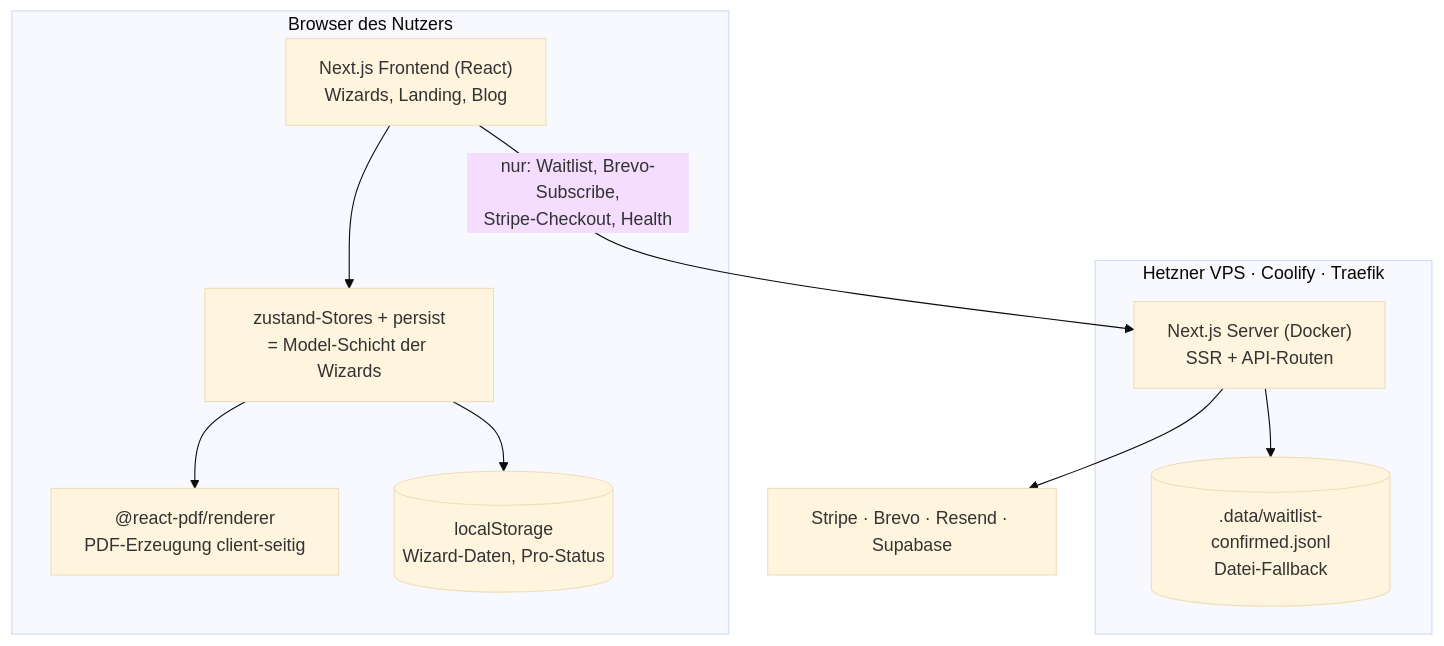
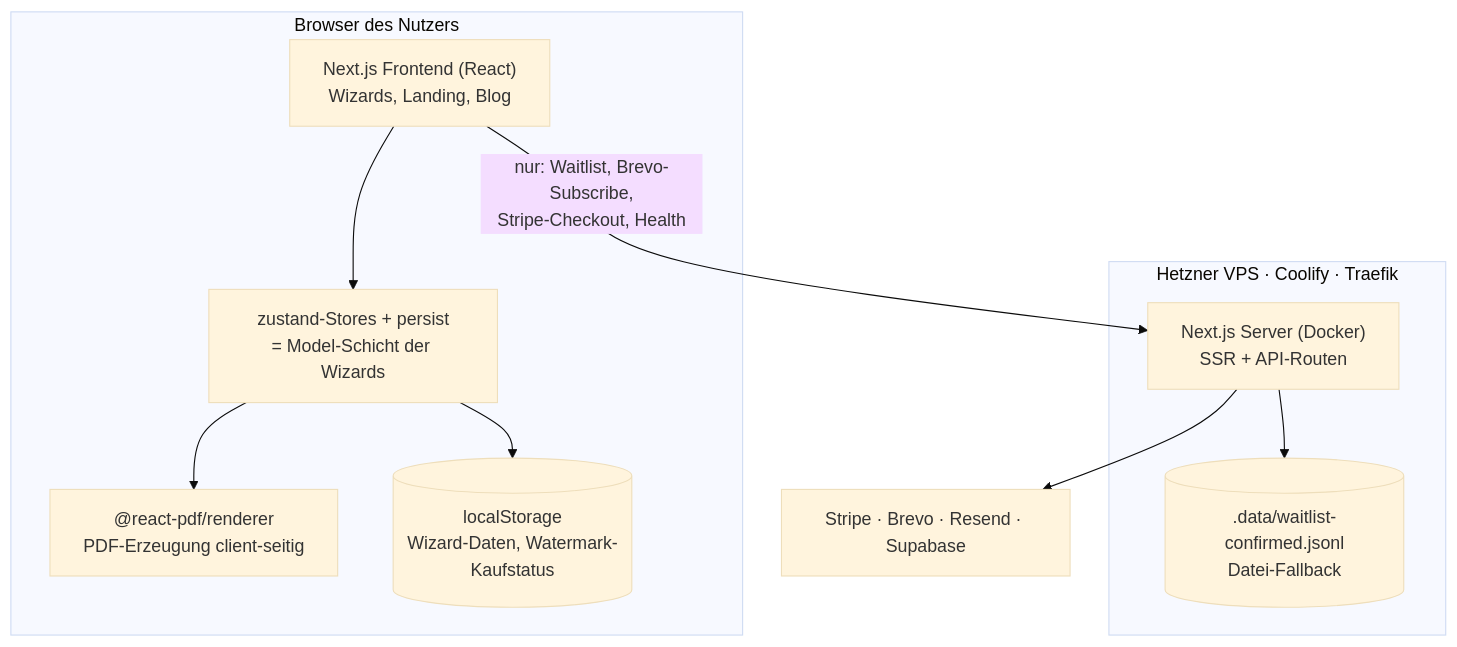
The second of 2 diagrams in docs/ARCHITECTURE.md (alkhalilaoumeur-commits/compliflow), drawn with Mermaid (base theme) before and after one commit. The commit also changed other lines of this file and 2 other files, not shown here.

First line of the commit message:
docs: ARCHITECTURE.md Stripe-Status + CLAUDE.md Routenplan aktualisiert

````diff
--- a/docs/ARCHITECTURE.md
+++ b/docs/ARCHITECTURE.md
@@ -60,20 +60,20 @@
 ```mermaid
 flowchart TB
     subgraph Browser["Browser des Nutzers"]
         UI["Next.js Frontend (React)\nWizards, Landing, Blog"]
         Stores["zustand-Stores + persist\n= Model-Schicht der Wizards"]
         PDF["@react-pdf/renderer\nPDF-Erzeugung client-seitig"]
-        LS[("localStorage\nWizard-Daten, Pro-Status")]
+        LS[("localStorage\nWizard-Daten, Watermark-Kaufstatus")]
         UI --> Stores --> LS
         Stores --> PDF
     end
 
     subgraph VPS["Hetzner VPS · Coolify · Traefik"]
         App["Next.js Server (Docker)\nSSR + API-Routen"]
         JSONL[(".data/waitlist-confirmed.jsonl\nDatei-Fallback")]
         App --> JSONL
     end
 
     UI -->|"nur: Waitlist, Brevo-Subscribe,\nStripe-Checkout, Health"| App
     App --> Ext["Stripe · Brevo · Resend · Supabase"]
 ```
````
